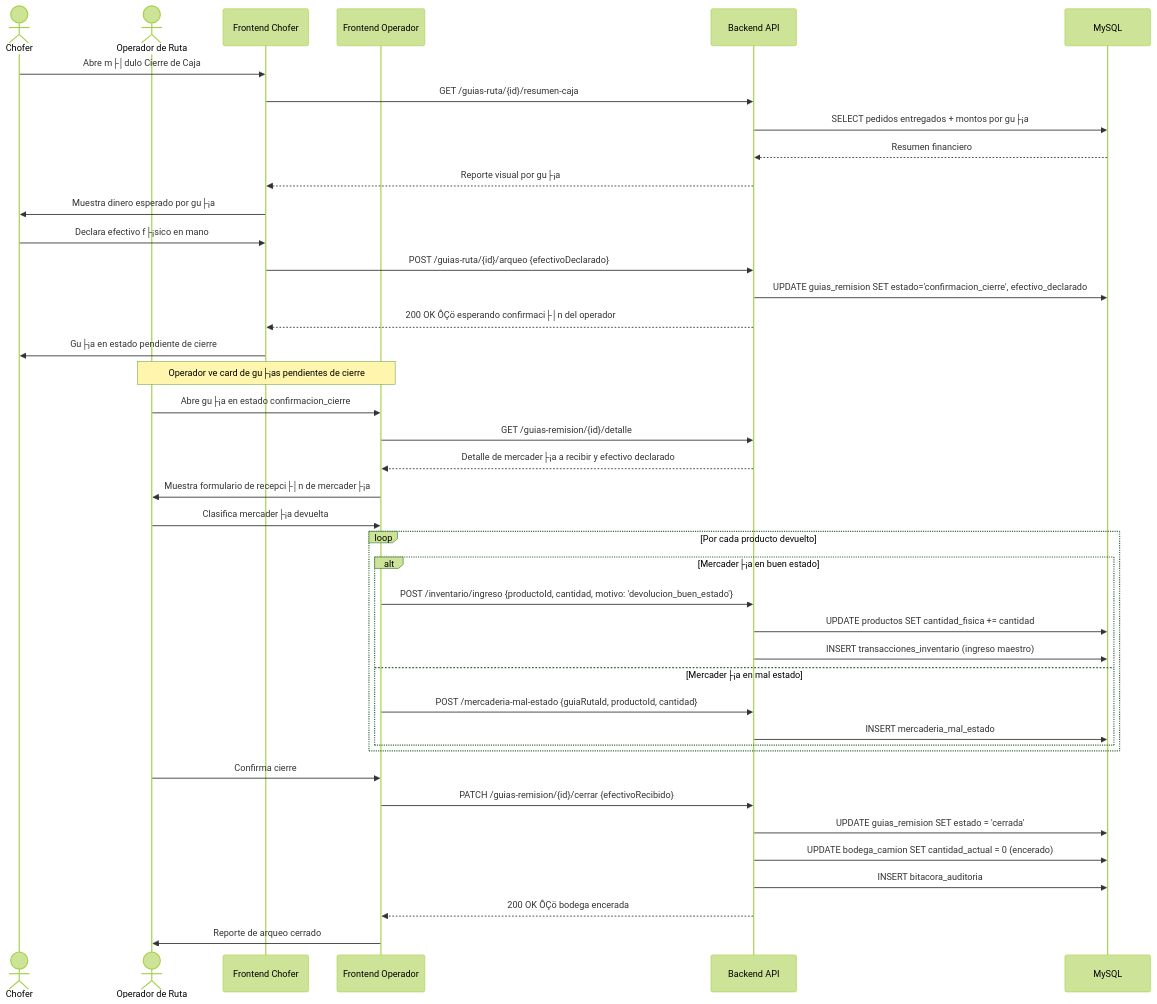
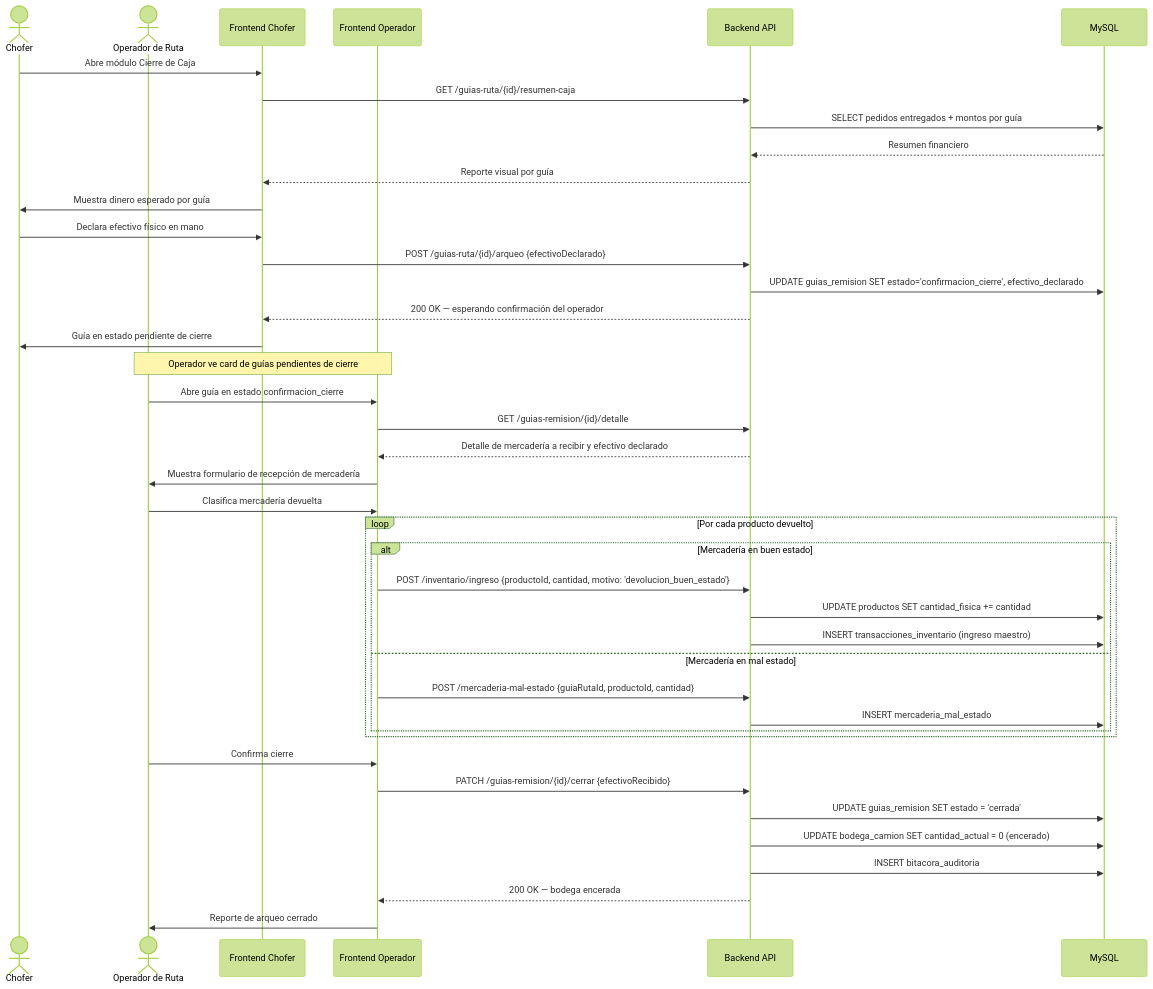
Before and after one commit to UNIPI6TO/PI-ECOMMERCE-FRITOLAY: the seventh of 23 diagrams in docs/especificacion.md, drawn with Mermaid (forest theme). The commit also changed other lines of this file, not shown here.

Commit message:
fix: corregir encoding UTF-8 del documento completo y agregar DFD GCP bajo costo (seccion 6.8)

````diff
--- a/docs/especificacion.md
+++ b/docs/especificacion.md
@@ -1109,48 +1109,48 @@
 ```mermaid
 sequenceDiagram
     actor Chofer
     actor Operador as Operador de Ruta
     participant FE_CHO as Frontend Chofer
     participant FE_OPE as Frontend Operador
     participant API as Backend API
     participant DB as MySQL
 
-    Chofer->>FE_CHO: Abre m├│dulo Cierre de Caja
+    Chofer->>FE_CHO: Abre módulo Cierre de Caja
     FE_CHO->>API: GET /guias-ruta/{id}/resumen-caja
-    API->>DB: SELECT pedidos entregados + montos por gu├¡a
+    API->>DB: SELECT pedidos entregados + montos por guía
     DB-->>API: Resumen financiero
-    API-->>FE_CHO: Reporte visual por gu├¡a
-    FE_CHO->>Chofer: Muestra dinero esperado por gu├¡a
+    API-->>FE_CHO: Reporte visual por guía
+    FE_CHO->>Chofer: Muestra dinero esperado por guía
 
-    Chofer->>FE_CHO: Declara efectivo f├¡sico en mano
+    Chofer->>FE_CHO: Declara efectivo físico en mano
     FE_CHO->>API: POST /guias-ruta/{id}/arqueo {efectivoDeclarado}
     API->>DB: UPDATE guias_remision SET estado='confirmacion_cierre', efectivo_declarado
-    API-->>FE_CHO: 200 OK ÔÇö esperando confirmaci├│n del operador
-    FE_CHO->>Chofer: Gu├¡a en estado pendiente de cierre
+    API-->>FE_CHO: 200 OK — esperando confirmación del operador
+    FE_CHO->>Chofer: Guía en estado pendiente de cierre
 
-    Note over FE_OPE,Operador: Operador ve card de gu├¡as pendientes de cierre
-    Operador->>FE_OPE: Abre gu├¡a en estado confirmacion_cierre
+    Note over FE_OPE,Operador: Operador ve card de guías pendientes de cierre
+    Operador->>FE_OPE: Abre guía en estado confirmacion_cierre
     FE_OPE->>API: GET /guias-remision/{id}/detalle
-    API-->>FE_OPE: Detalle de mercader├¡a a recibir y efectivo declarado
-    FE_OPE->>Operador: Muestra formulario de recepci├│n de mercader├¡a
+    API-->>FE_OPE: Detalle de mercadería a recibir y efectivo declarado
+    FE_OPE->>Operador: Muestra formulario de recepción de mercadería
 
-    Operador->>FE_OPE: Clasifica mercader├¡a devuelta
+    Operador->>FE_OPE: Clasifica mercadería devuelta
     loop Por cada producto devuelto
-        alt Mercader├¡a en buen estado
+        alt Mercadería en buen estado
             FE_OPE->>API: POST /inventario/ingreso {productoId, cantidad, motivo: 'devolucion_buen_estado'}
             API->>DB: UPDATE productos SET cantidad_fisica += cantidad
             API->>DB: INSERT transacciones_inventario (ingreso maestro)
-        else Mercader├¡a en mal estado
+        else Mercadería en mal estado
             FE_OPE->>API: POST /mercaderia-mal-estado {guiaRutaId, productoId, cantidad}
             API->>DB: INSERT mercaderia_mal_estado
         end
     end
 
     Operador->>FE_OPE: Confirma cierre
     FE_OPE->>API: PATCH /guias-remision/{id}/cerrar {efectivoRecibido}
     API->>DB: UPDATE guias_remision SET estado = 'cerrada'
     API->>DB: UPDATE bodega_camion SET cantidad_actual = 0 (encerado)
     API->>DB: INSERT bitacora_auditoria
-    API-->>FE_OPE: 200 OK ÔÇö bodega encerada
+    API-->>FE_OPE: 200 OK — bodega encerada
     FE_OPE->>Operador: Reporte de arqueo cerrado
 ```
````
